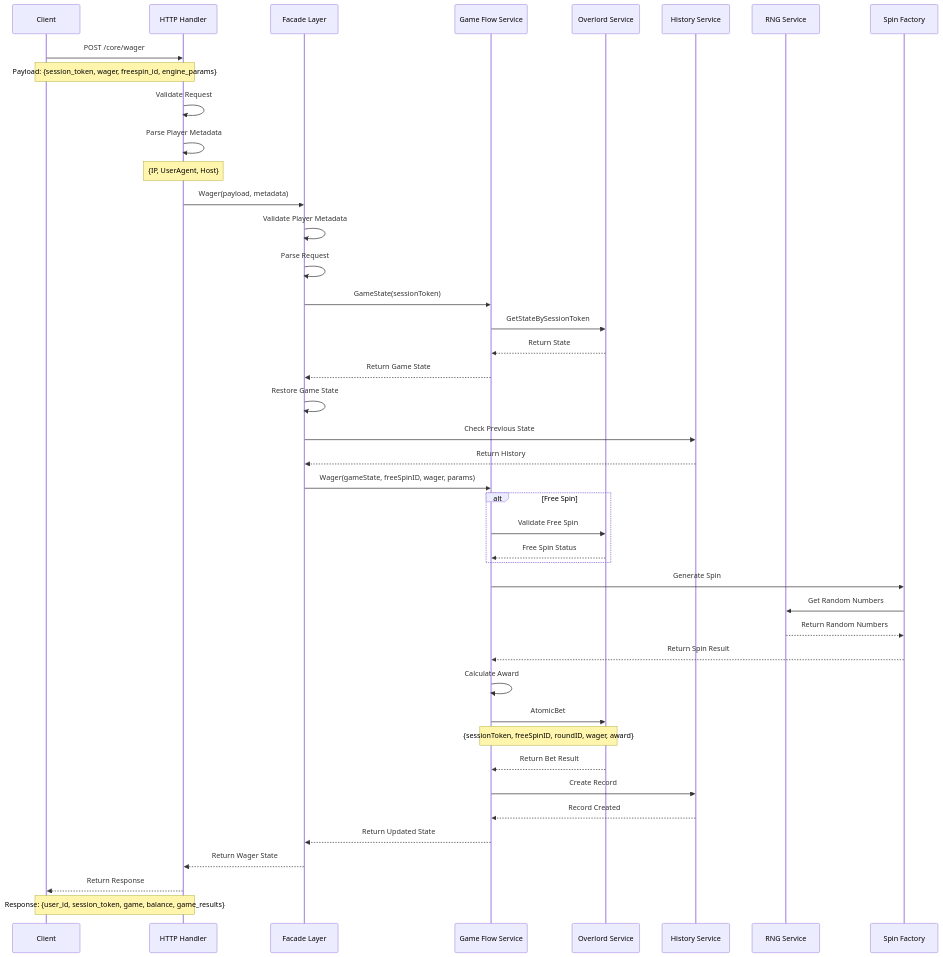
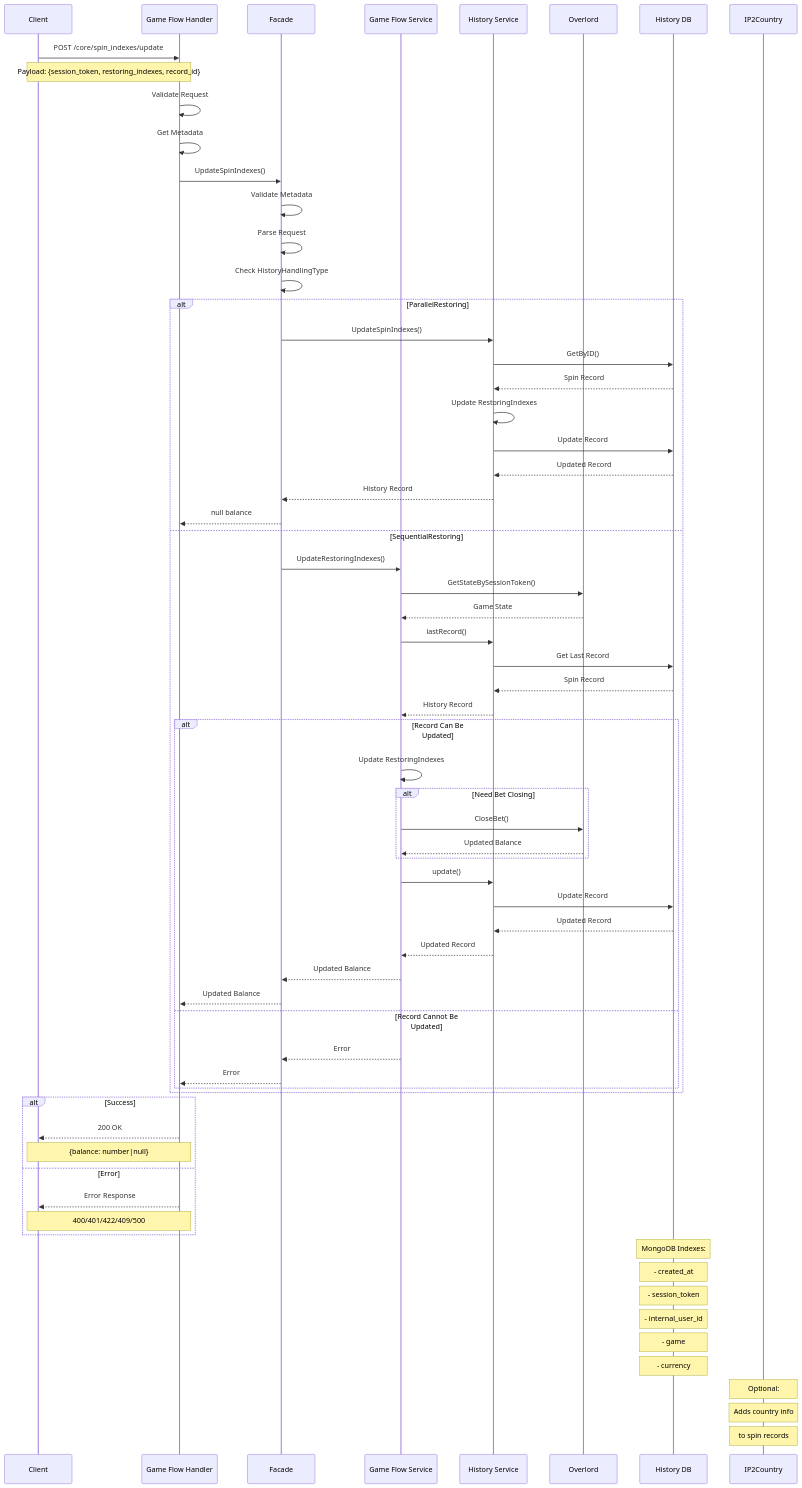
Before and after one commit to Ayman-Nageeb/my-degital-garden: the third of 3 diagrams in src/site/notes/System Analysis/Simulation/Simulation.md, drawn with Mermaid.

Commit message:
Update content src/site/notes/System Analysis/Simulation/Simulation.md

````diff
--- a/src/site/notes/System Analysis/Simulation/Simulation.md
+++ b/src/site/notes/System Analysis/Simulation/Simulation.md
@@ -71,59 +71,81 @@
 ```mermaid
 sequenceDiagram
     participant Client
-    participant HTTP Handler
-    participant Facade Layer
-    participant Game Flow Service
-    participant Overlord Service
-    participant History Service
-    participant RNG Service
-    participant Spin Factory
+    participant Handler as Game Flow Handler
+    participant Facade
+    participant GameFlow as Game Flow Service
+    participant History as History Service
+    participant Overlord
+    participant DB as History DB
+    participant IP2Country
 
-    Client->>HTTP Handler: POST /core/wager
-    Note over Client,HTTP Handler: Payload: {session_token, wager, freespin_id, engine_params}
+    Client->>Handler: POST /core/spin_indexes/update
+    Note over Client,Handler: Payload: {session_token, restoring_indexes, record_id}
 
-    HTTP Handler->>HTTP Handler: Validate Request
-    HTTP Handler->>HTTP Handler: Parse Player Metadata
-    Note over HTTP Handler: {IP, UserAgent, Host}
+    %% Request Validation
+    Handler->>Handler: Validate Request
+    Handler->>Handler: Get Metadata
+    Handler->>Facade: UpdateSpinIndexes()
 
-    HTTP Handler->>Facade Layer: Wager(payload, metadata)
-    
-    Facade Layer->>Facade Layer: Validate Player Metadata
-    Facade Layer->>Facade Layer: Parse Request
-    
-    Facade Layer->>Game Flow Service: GameState(sessionToken)
-    Game Flow Service->>Overlord Service: GetStateBySessionToken
-    Overlord Service-->>Game Flow Service: Return State
-    Game Flow Service-->>Facade Layer: Return Game State
+    %% Facade Processing
+    Facade->>Facade: Validate Metadata
+    Facade->>Facade: Parse Request
+    Facade->>Facade: Check HistoryHandlingType
 
-    Facade Layer->>Facade Layer: Restore Game State
-    Facade Layer->>History Service: Check Previous State
-    History Service-->>Facade Layer: Return History
+    alt ParallelRestoring
+        Facade->>History: UpdateSpinIndexes()
+        History->>DB: GetByID()
+        DB-->>History: Spin Record
+        History->>History: Update RestoringIndexes
+        History->>DB: Update Record
+        DB-->>History: Updated Record
+        History-->>Facade: History Record
+        Facade-->>Handler: null balance
+    else SequentialRestoring
+        Facade->>GameFlow: UpdateRestoringIndexes()
+        GameFlow->>Overlord: GetStateBySessionToken()
+        Overlord-->>GameFlow: Game State
+        GameFlow->>History: lastRecord()
+        History->>DB: Get Last Record
+        DB-->>History: Spin Record
+        History-->>GameFlow: History Record
 
-    Facade Layer->>Game Flow Service: Wager(gameState, freeSpinID, wager, params)
-    
-    alt Free Spin
-        Game Flow Service->>Overlord Service: Validate Free Spin
-        Overlord Service-->>Game Flow Service: Free Spin Status
+        alt Record Can Be Updated
+            GameFlow->>GameFlow: Update RestoringIndexes
+            alt Need Bet Closing
+                GameFlow->>Overlord: CloseBet()
+                Overlord-->>GameFlow: Updated Balance
+            end
+            GameFlow->>History: update()
+            History->>DB: Update Record
+            DB-->>History: Updated Record
+            History-->>GameFlow: Updated Record
+            GameFlow-->>Facade: Updated Balance
+            Facade-->>Handler: Updated Balance
+        else Record Cannot Be Updated
+            GameFlow-->>Facade: Error
+            Facade-->>Handler: Error
+        end
     end
 
-    Game Flow Service->>Spin Factory: Generate Spin
-    Spin Factory->>RNG Service: Get Random Numbers
-    RNG Service-->>Spin Factory: Return Random Numbers
-    Spin Factory-->>Game Flow Service: Return Spin Result
+    %% Response Handling
+    alt Success
+        Handler-->>Client: 200 OK
+        Note over Handler,Client: {balance: number|null}
+    else Error
+        Handler-->>Client: Error Response
+        Note over Handler,Client: 400/401/422/409/500
+    end
 
-    Game Flow Service->>Game Flow Service: Calculate Award
-    
-    Game Flow Service->>Overlord Service: AtomicBet
-    Note over Game Flow Service,Overlord Service: {sessionToken, freeSpinID, roundID, wager, award}
-    Overlord Service-->>Game Flow Service: Return Bet Result
+    %% Additional Notes
+    Note over DB: MongoDB Indexes:
+    Note over DB: - created_at
+    Note over DB: - session_token
+    Note over DB: - internal_user_id
+    Note over DB: - game
+    Note over DB: - currency
 
-    Game Flow Service->>History Service: Create Record
-    History Service-->>Game Flow Service: Record Created
-
-    Game Flow Service-->>Facade Layer: Return Updated State
-    Facade Layer-->>HTTP Handler: Return Wager State
-    HTTP Handler-->>Client: Return Response
-
-    Note over Client,HTTP Handler: Response: {user_id, session_token, game, balance, game_results}
+    Note over IP2Country: Optional:
+    Note over IP2Country: Adds country info
+    Note over IP2Country: to spin records
 ```
````
